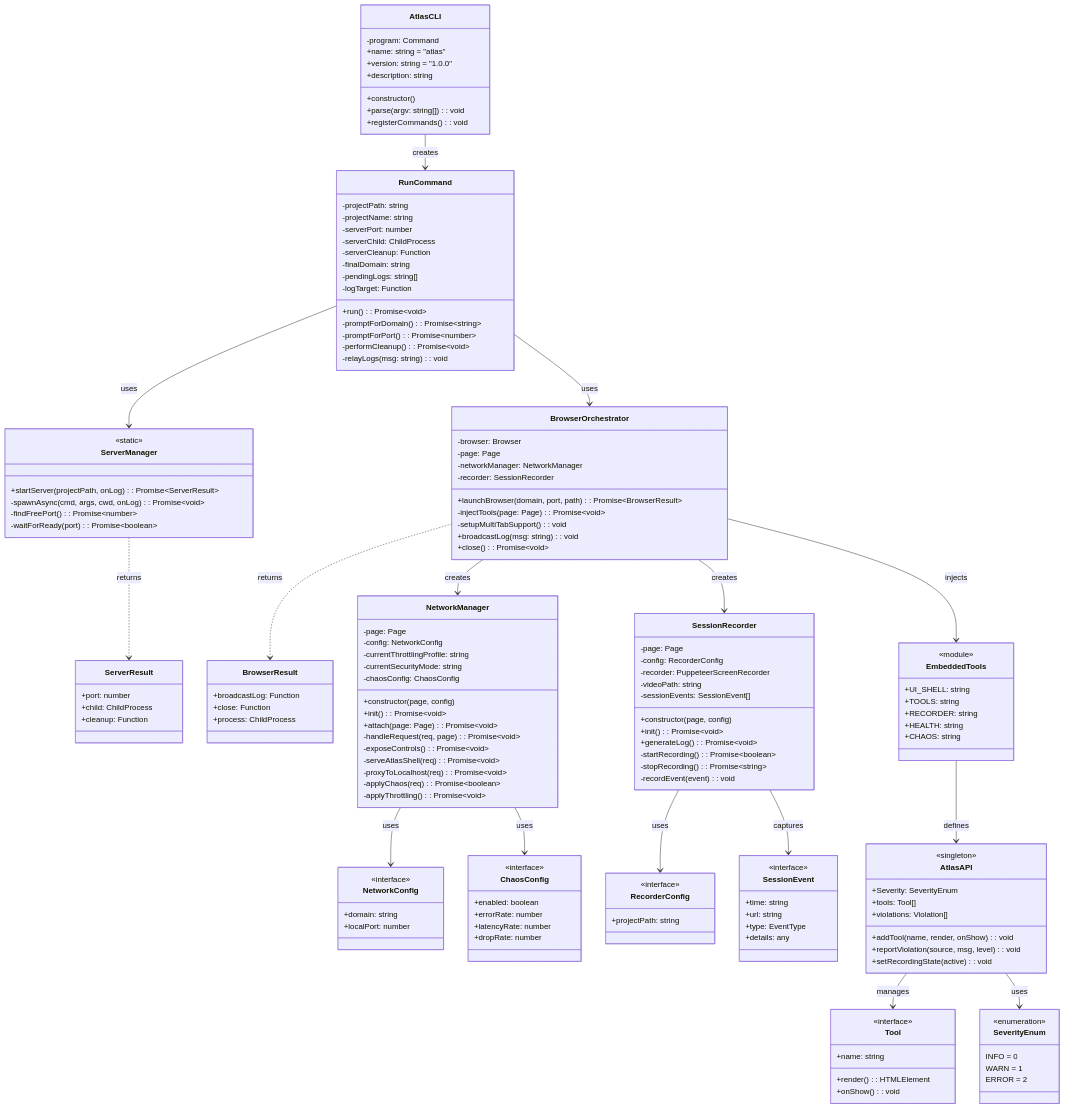
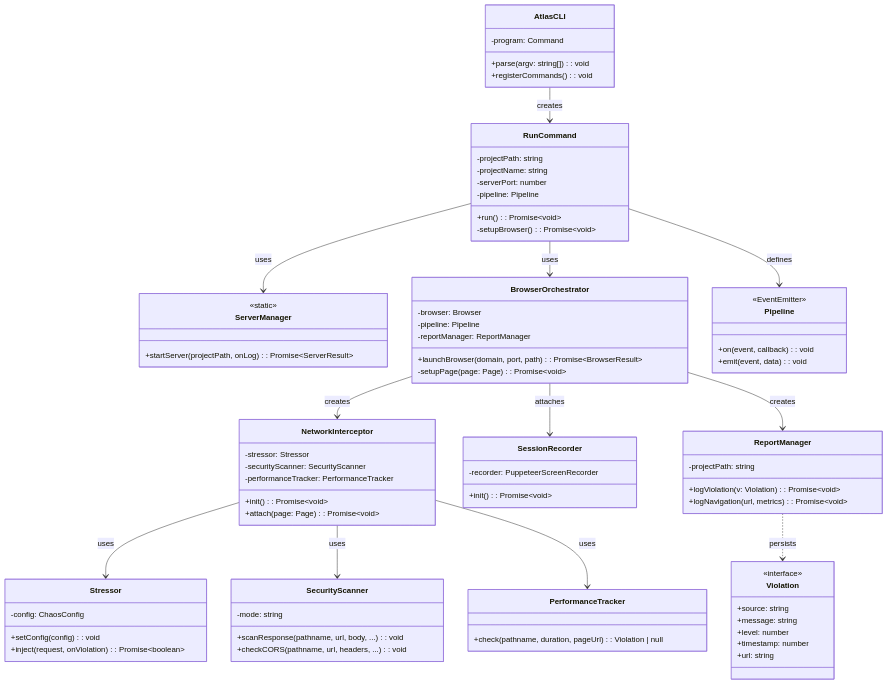
The diagram in diagrams/04_class_diagram.md (chirag-parmar16/atlas), drawn with Mermaid before and after one commit. The commit also changed other lines of this file and 5 other files, not shown here.

````diff
--- a/diagrams/04_class_diagram.md
+++ b/diagrams/04_class_diagram.md
@@ -8,10 +8,6 @@
     
     class AtlasCLI {
         -program: Command
-        +name: string = "atlas"
-        +version: string = "1.0.0"
-        +description: string
-        +constructor()
         +parse(argv: string[]): void
         +registerCommands(): void
     }
@@ -20,155 +16,84 @@
         -projectPath: string
         -projectName: string
         -serverPort: number
-        -serverChild: ChildProcess
-        -serverCleanup: Function
-        -finalDomain: string
-        -pendingLogs: string[]
-        -logTarget: Function
+        -pipeline: Pipeline
         +run(): Promise~void~
-        -promptForDomain(): Promise~string~
-        -promptForPort(): Promise~number~
-        -performCleanup(): Promise~void~
-        -relayLogs(msg: string): void
+        -setupBrowser(): Promise~void~
     }
-    
+
     class ServerManager {
         <<static>>
         +startServer(projectPath, onLog): Promise~ServerResult~
-        -spawnAsync(cmd, args, cwd, onLog): Promise~void~
-        -findFreePort(): Promise~number~
-        -waitForReady(port): Promise~boolean~
-    }
-    
-    class ServerResult {
-        +port: number
-        +child: ChildProcess
-        +cleanup: Function
     }
     
     class BrowserOrchestrator {
         -browser: Browser
-        -page: Page
-        -networkManager: NetworkManager
-        -recorder: SessionRecorder
+        -pipeline: Pipeline
+        -reportManager: ReportManager
         +launchBrowser(domain, port, path): Promise~BrowserResult~
-        -injectTools(page: Page): Promise~void~
-        -setupMultiTabSupport(): void
-        +broadcastLog(msg: string): void
-        +close(): Promise~void~
+        -setupPage(page: Page): Promise~void~
     }
     
-    class BrowserResult {
-        +broadcastLog: Function
-        +close: Function
-        +process: ChildProcess
+    class Pipeline {
+        <<EventEmitter>>
+        +on(event, callback): void
+        +emit(event, data): void
+    }
+
+    class NetworkInterceptor {
+        -stressor: Stressor
+        -securityScanner: SecurityScanner
+        -performanceTracker: PerformanceTracker
+        +init(): Promise~void~
+        +attach(page: Page): Promise~void~
     }
     
-    class NetworkManager {
-        -page: Page
-        -config: NetworkConfig
-        -currentThrottlingProfile: string
-        -currentSecurityMode: string
-        -chaosConfig: ChaosConfig
-        +constructor(page, config)
+    class Stressor {
+        -config: ChaosConfig
+        +setConfig(config): void
+        +inject(request, onViolation): Promise~boolean~
+    }
+
+    class SecurityScanner {
+        -mode: string
+        +scanResponse(pathname, url, body, ...): void
+        +checkCORS(pathname, url, headers, ...): void
+    }
+
+    class PerformanceTracker {
+        +check(pathname, duration, pageUrl): Violation | null
+    }
+
+    class SessionRecorder {
+        -recorder: PuppeteerScreenRecorder
         +init(): Promise~void~
-        +attach(page: Page): Promise~void~
-        -handleRequest(req, page): Promise~void~
-        -exposeControls(): Promise~void~
-        -serveAtlasShell(req): Promise~void~
-        -proxyToLocalhost(req): Promise~void~
-        -applyChaos(req): Promise~boolean~
-        -applyThrottling(): Promise~void~
     }
     
-    class NetworkConfig {
-        <<interface>>
-        +domain: string
-        +localPort: number
-    }
-    
-    class ChaosConfig {
-        <<interface>>
-        +enabled: boolean
-        +errorRate: number
-        +latencyRate: number
-        +dropRate: number
-    }
-    
-    class SessionRecorder {
-        -page: Page
-        -config: RecorderConfig
-        -recorder: PuppeteerScreenRecorder
-        -videoPath: string
-        -sessionEvents: SessionEvent[]
-        +constructor(page, config)
-        +init(): Promise~void~
-        +generateLog(): Promise~void~
-        -startRecording(): Promise~boolean~
-        -stopRecording(): Promise~string~
-        -recordEvent(event): void
-    }
-    
-    class RecorderConfig {
-        <<interface>>
-        +projectPath: string
-    }
-    
-    class SessionEvent {
-        <<interface>>
-        +time: string
-        +url: string
-        +type: EventType
-        +details: any
+    class ReportManager {
+        -projectPath: string
+        +logViolation(v: Violation): Promise~void~
+        +logNavigation(url, metrics): Promise~void~
     }
 
-    class AtlasAPI {
-        <<singleton>>
-        +Severity: SeverityEnum
-        +tools: Tool[]
-        +violations: Violation[]
-        +addTool(name, render, onShow): void
-        +reportViolation(source, msg, level): void
-        +setRecordingState(active): void
-    }
-    
-    class SeverityEnum {
-        <<enumeration>>
-        INFO = 0
-        WARN = 1
-        ERROR = 2
-    }
-    
-    class Tool {
+    class Violation {
         <<interface>>
-        +name: string
-        +render(): HTMLElement
-        +onShow(): void
-    }
-    
-    class EmbeddedTools {
-        <<module>>
-        +UI_SHELL: string
-        +TOOLS: string
-        +RECORDER: string
-        +HEALTH: string
-        +CHAOS: string
+        +source: string
+        +message: string
+        +level: number
+        +timestamp: number
+        +url: string
     }
 
     %% Relationships
     AtlasCLI --> RunCommand : creates
     RunCommand --> ServerManager : uses
     RunCommand --> BrowserOrchestrator : uses
-    ServerManager ..> ServerResult : returns
-    BrowserOrchestrator ..> BrowserResult : returns
-    BrowserOrchestrator --> NetworkManager : creates
-    BrowserOrchestrator --> SessionRecorder : creates
-    BrowserOrchestrator --> EmbeddedTools : injects
-    NetworkManager --> NetworkConfig : uses
-    NetworkManager --> ChaosConfig : uses
-    SessionRecorder --> RecorderConfig : uses
-    SessionRecorder --> SessionEvent : captures
-    EmbeddedTools --> AtlasAPI : defines
-    AtlasAPI --> Tool : manages
-    AtlasAPI --> SeverityEnum : uses
+    RunCommand --> Pipeline : defines
+    BrowserOrchestrator --> NetworkInterceptor : creates
+    BrowserOrchestrator --> SessionRecorder : attaches
+    BrowserOrchestrator --> ReportManager : creates
+    NetworkInterceptor --> Stressor : uses
+    NetworkInterceptor --> SecurityScanner : uses
+    NetworkInterceptor --> PerformanceTracker : uses
+    ReportManager ..> Violation : persists
 ```
````
